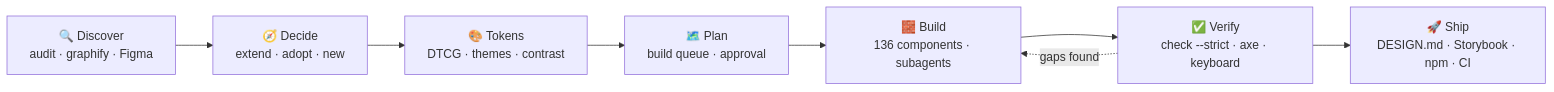
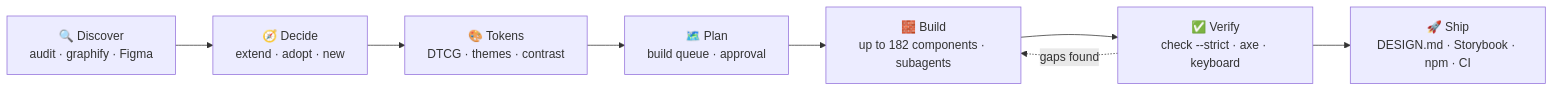
Before and after one commit to AntonBronnfjell/tooling-agent-skill-markdown_html-design-system: the first of 2 diagrams in README.md, drawn with Mermaid. The commit also changed other lines of this file and 13 other files, not shown here.

````diff
--- a/README.md
+++ b/README.md
@@ -57,10 +57,10 @@
 ```mermaid
 flowchart LR
     A["🔍 Discover<br/>audit · graphify · Figma"] --> B["🧭 Decide<br/>extend · adopt · new"]
     B --> C["🎨 Tokens<br/>DTCG · themes · contrast"]
     C --> D["🗺️ Plan<br/>build queue · approval"]
-    D --> E["🧱 Build<br/>136 components · subagents"]
+    D --> E["🧱 Build<br/>up to 182 components · subagents"]
     E --> F["✅ Verify<br/>check --strict · axe · keyboard"]
     F --> G["🚀 Ship<br/>DESIGN.md · Storybook · npm · CI"]
     F -. "gaps found" .-> E
 ```
````
